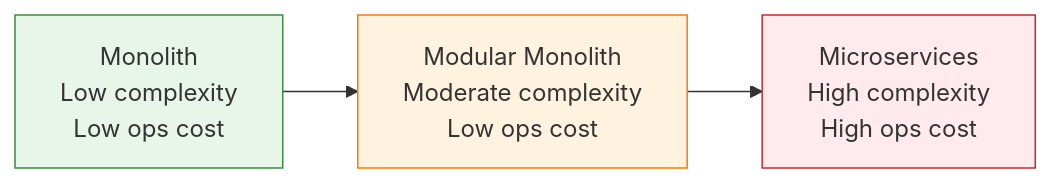
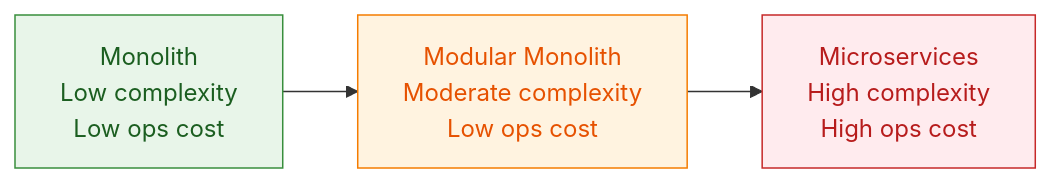
One commit to enraiz/granit-dotnet changed the first of 2 diagrams in docs-site/src/content/docs/concepts/modular-monolith-vs-microservices.mdx. Above: the diagram before and after it, drawn with Mermaid. The commit also changed other lines of this file and 10 other files, not shown here.

First line of the commit message:
docs: add tech stack page, fix Mermaid readability, improve SEO

````diff
--- a/docs-site/src/content/docs/concepts/modular-monolith-vs-microservices.mdx
+++ b/docs-site/src/content/docs/concepts/modular-monolith-vs-microservices.mdx
@@ -14,9 +14,9 @@
 ```mermaid
 graph LR
     A["Monolith<br/>Low complexity<br/>Low ops cost"] --> B["Modular Monolith<br/>Moderate complexity<br/>Low ops cost"]
     B --> C["Microservices<br/>High complexity<br/>High ops cost"]
 
-    style A fill:#e8f5e9,stroke:#388e3c
-    style B fill:#fff3e0,stroke:#f57c00
-    style C fill:#ffebee,stroke:#c62828
+    style A fill:#e8f5e9,stroke:#388e3c,color:#1b5e20
+    style B fill:#fff3e0,stroke:#f57c00,color:#e65100
+    style C fill:#ffebee,stroke:#c62828,color:#b71c1c
 ```
````
